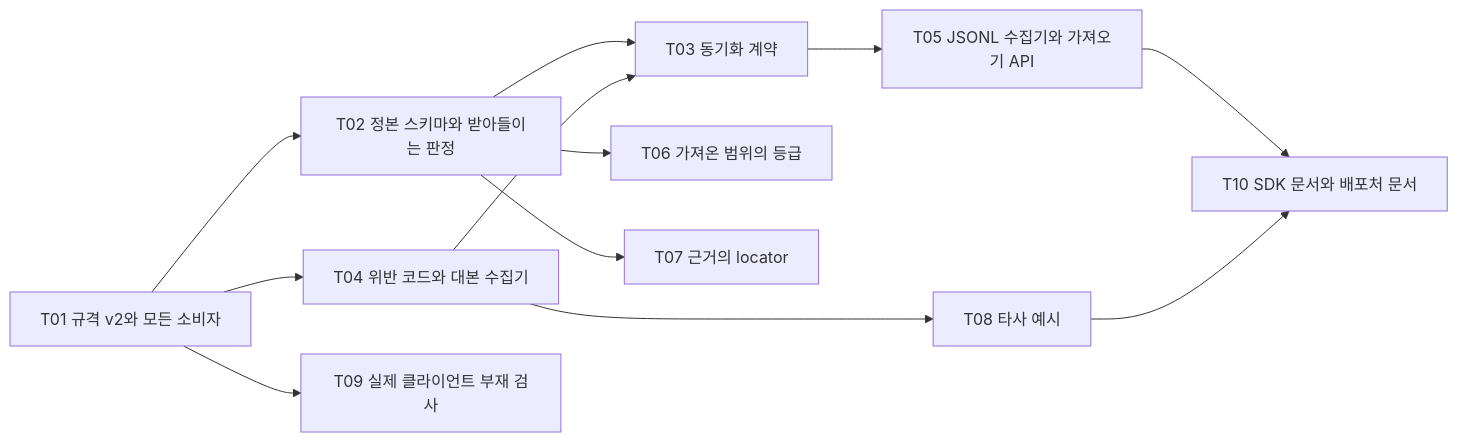
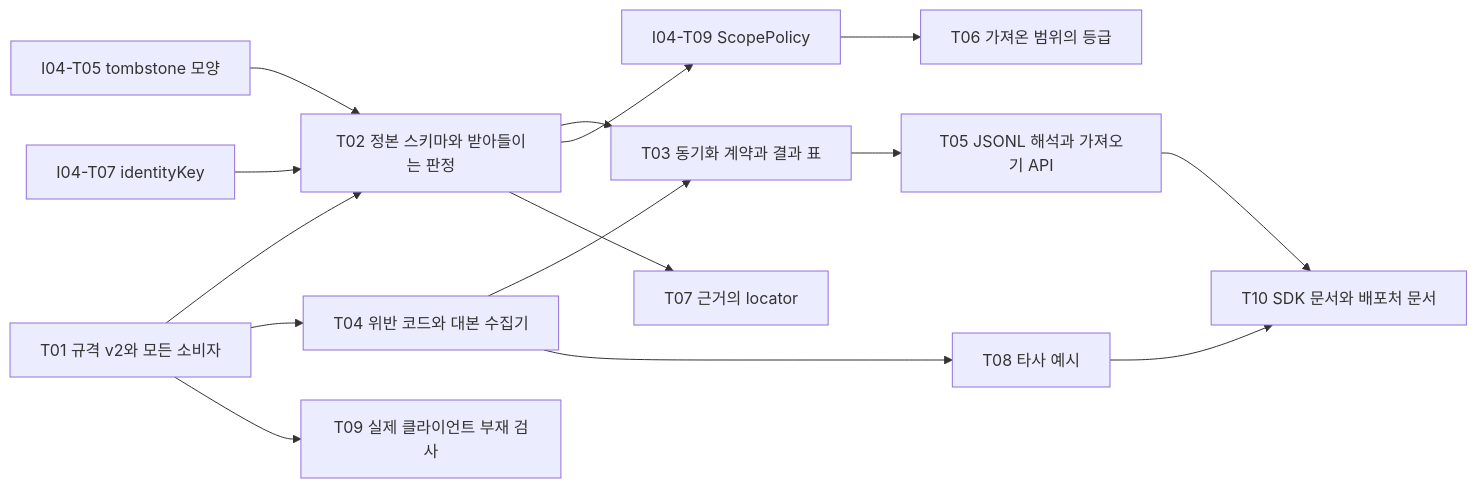
One commit to nohdol97/PKI changed the third of 3 diagrams in docs/specs/2026-11-21-I01-connector-sdk.md. Above: the diagram before and after it, drawn with Mermaid. The commit also changed other lines of this file, not shown here.

````diff
--- a/docs/specs/2026-11-21-I01-connector-sdk.md
+++ b/docs/specs/2026-11-21-I01-connector-sdk.md
@@ -485,14 +516,17 @@
 ```mermaid
 flowchart LR
   T01["T01 규격 v2와 모든 소비자"] --> T02["T02 정본 스키마와 받아들이는 판정"]
+  I04T05["I04-T05 tombstone 모양"] --> T02
+  I04T07["I04-T07 identityKey"] --> T02
   T01 --> T04["T04 위반 코드와 대본 수집기"]
   T01 --> T09["T09 실제 클라이언트 부재 검사"]
-  T02 --> T03["T03 동기화 계약"]
+  T02 --> T03["T03 동기화 계약과 결과 표"]
   T04 --> T03
-  T03 --> T05["T05 JSONL 수집기와 가져오기 API"]
-  T02 --> T06["T06 가져온 범위의 등급"]
+  T03 --> T05["T05 JSONL 해석과 가져오기 API"]
+  T02 --> I04T09["I04-T09 ScopePolicy"]
+  I04T09 --> T06["T06 가져온 범위의 등급"]
   T02 --> T07["T07 근거의 locator"]
   T04 --> T08["T08 타사 예시"]
   T05 --> T10["T10 SDK 문서와 배포처 문서"]
   T08 --> T10
 ```
````
